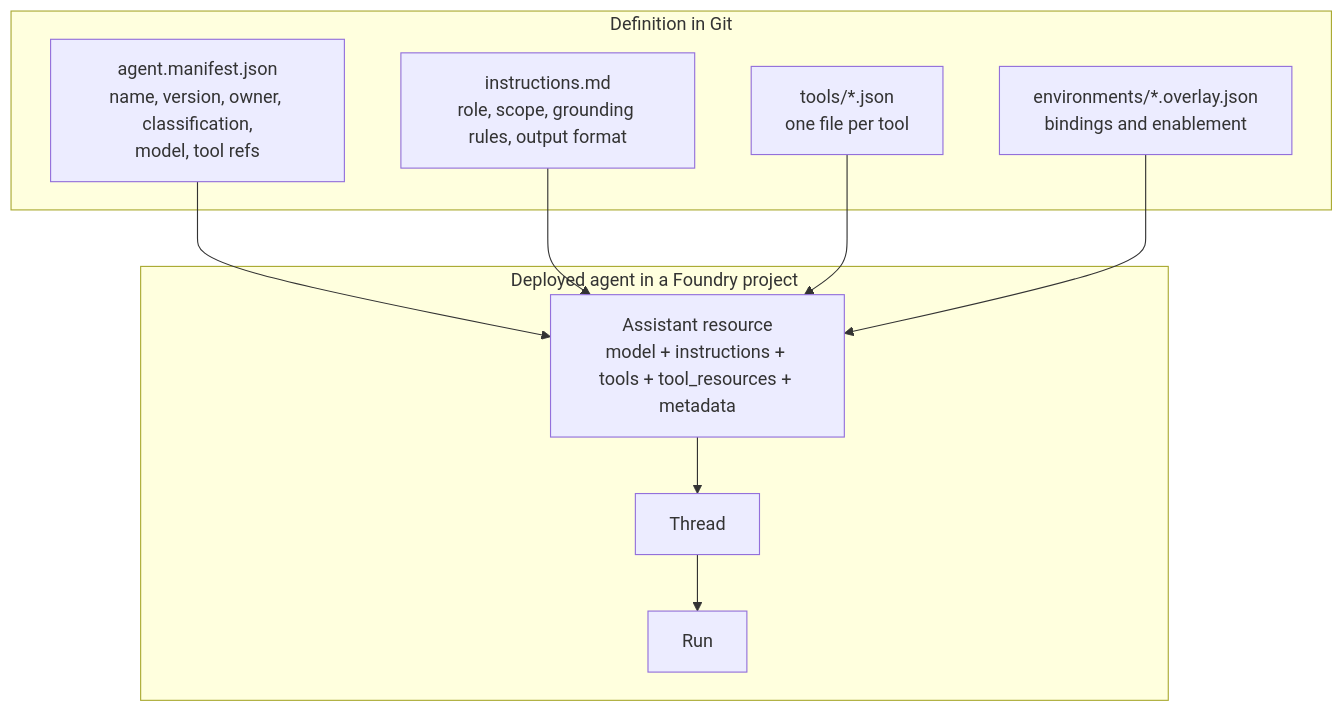
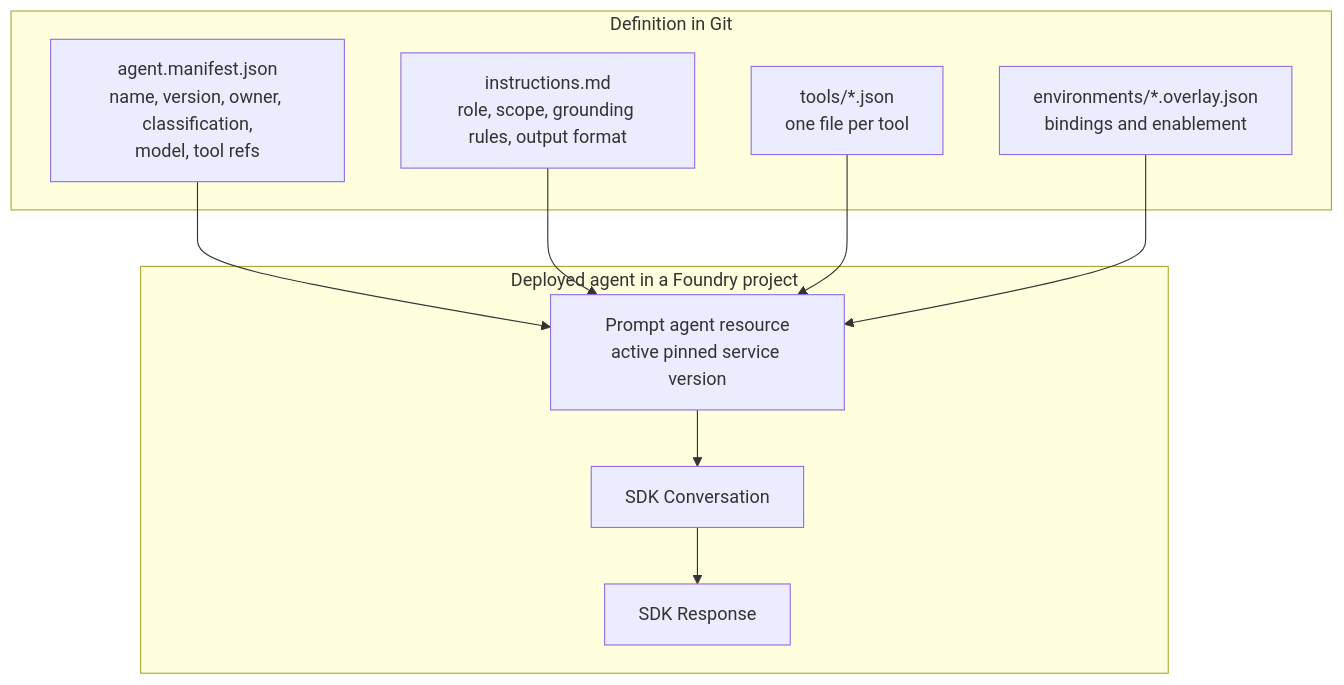
The first of 4 diagrams in docs/diagrams/agent-knowledge-tools.md (rob-mckenna/foundry-prompt-agent-cicd-accelerator), drawn with Mermaid before and after one commit. The commit also changed other lines of this file and 56 other files, not shown here.

````diff
--- a/docs/diagrams/agent-knowledge-tools.md
+++ b/docs/diagrams/agent-knowledge-tools.md
@@ -8,21 +8,21 @@
 ```mermaid
 flowchart TB
     subgraph DEF["Definition in Git"]
         MAN["agent.manifest.json<br/>name, version, owner, classification,<br/>model, tool refs"]
         INS["instructions.md<br/>role, scope, grounding rules, output format"]
         TDEF["tools/*.json<br/>one file per tool"]
         OVL["environments/*.overlay.json<br/>bindings and enablement"]
     end
 
     subgraph RUNTIME["Deployed agent in a Foundry project"]
-        AGENT["Assistant resource<br/>model + instructions + tools + tool_resources + metadata"]
-        THREAD["Thread"]
-        RUN["Run"]
+        AGENT["Prompt agent resource<br/>active pinned service version"]
+        THREAD["SDK Conversation"]
+        RUN["SDK Response"]
     end
 
     MAN --> AGENT
     INS --> AGENT
     TDEF --> AGENT
     OVL --> AGENT
     AGENT --> THREAD --> RUN
 ```
````
